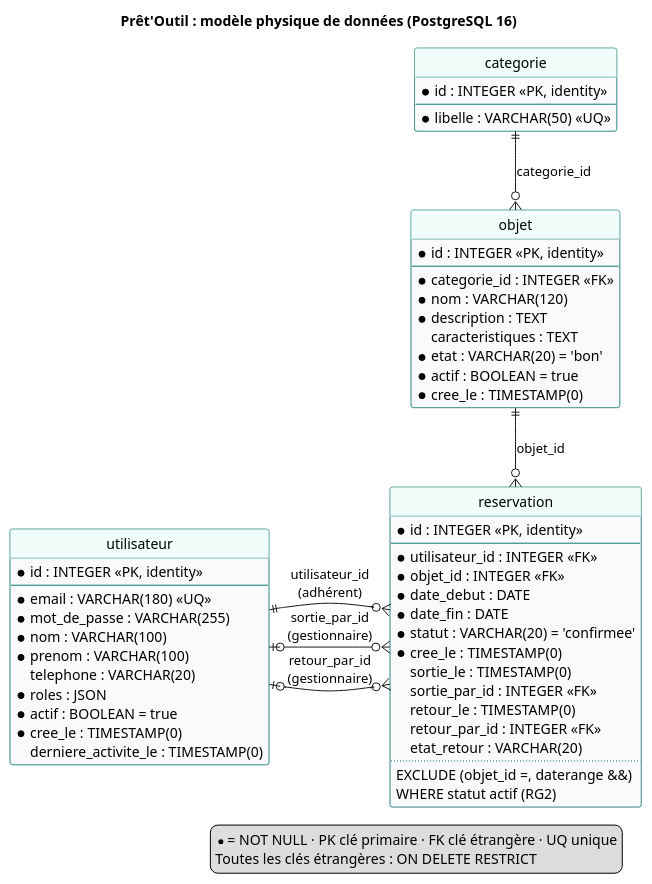
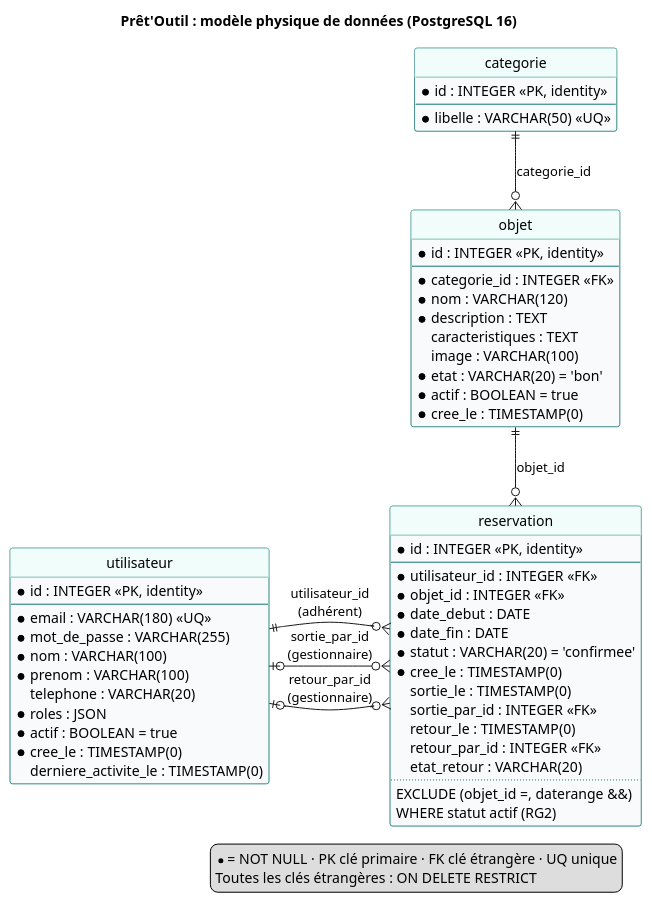
The diagram in docs/conception/mpd.puml (IamArayel/MSP2-PretOutil), drawn with PlantUML before and after one commit. The commit also changed 9 other files, not shown here.

```diff
--- a/docs/conception/mpd.puml
+++ b/docs/conception/mpd.puml
@@ -1,71 +1,72 @@
 @startuml mpd
 title Prêt'Outil : modèle physique de données (PostgreSQL 16)
 hide circle
 skinparam class {
   BackgroundColor #F8FAFC
   BorderColor #0F766E
   HeaderBackgroundColor #F0FDFA
 }
 
 entity "utilisateur" as utilisateur {
   * id : INTEGER <<PK, identity>>
   --
   * email : VARCHAR(180) <<UQ>>
   * mot_de_passe : VARCHAR(255)
   * nom : VARCHAR(100)
   * prenom : VARCHAR(100)
   telephone : VARCHAR(20)
   * roles : JSON
   * actif : BOOLEAN = true
   * cree_le : TIMESTAMP(0)
   derniere_activite_le : TIMESTAMP(0)
 }
 
 entity "categorie" as categorie {
   * id : INTEGER <<PK, identity>>
   --
   * libelle : VARCHAR(50) <<UQ>>
 }
 
 entity "objet" as objet {
   * id : INTEGER <<PK, identity>>
   --
   * categorie_id : INTEGER <<FK>>
   * nom : VARCHAR(120)
   * description : TEXT
   caracteristiques : TEXT
+  image : VARCHAR(100)
   * etat : VARCHAR(20) = 'bon'
   * actif : BOOLEAN = true
   * cree_le : TIMESTAMP(0)
 }
 
 entity "reservation" as reservation {
   * id : INTEGER <<PK, identity>>
   --
   * utilisateur_id : INTEGER <<FK>>
   * objet_id : INTEGER <<FK>>
   * date_debut : DATE
   * date_fin : DATE
   * statut : VARCHAR(20) = 'confirmee'
   * cree_le : TIMESTAMP(0)
   sortie_le : TIMESTAMP(0)
   sortie_par_id : INTEGER <<FK>>
   retour_le : TIMESTAMP(0)
   retour_par_id : INTEGER <<FK>>
   etat_retour : VARCHAR(20)
   ..
   EXCLUDE (objet_id =, daterange &&)
   WHERE statut actif (RG2)
 }
 
 categorie ||--o{ objet : categorie_id
 objet ||--o{ reservation : objet_id
 utilisateur ||-right-o{ reservation : utilisateur_id\n(adhérent)
 utilisateur |o-right-o{ reservation : sortie_par_id\n(gestionnaire)
 utilisateur |o-right-o{ reservation : retour_par_id\n(gestionnaire)
 
 legend right
   * = NOT NULL · PK clé primaire · FK clé étrangère · UQ unique
   Toutes les clés étrangères : ON DELETE RESTRICT
 endlegend
 @enduml
```
